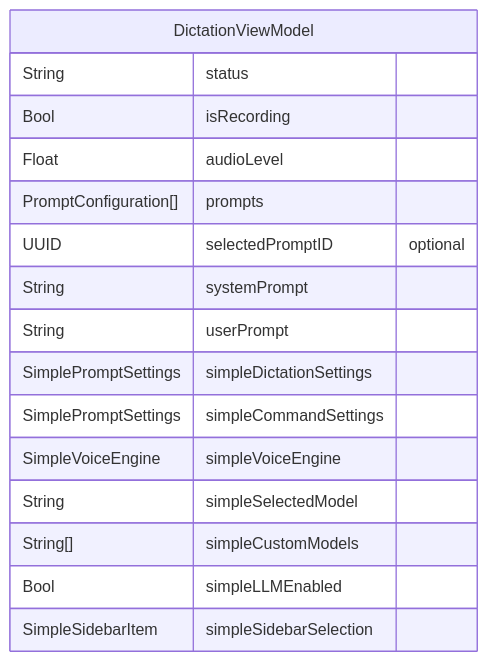
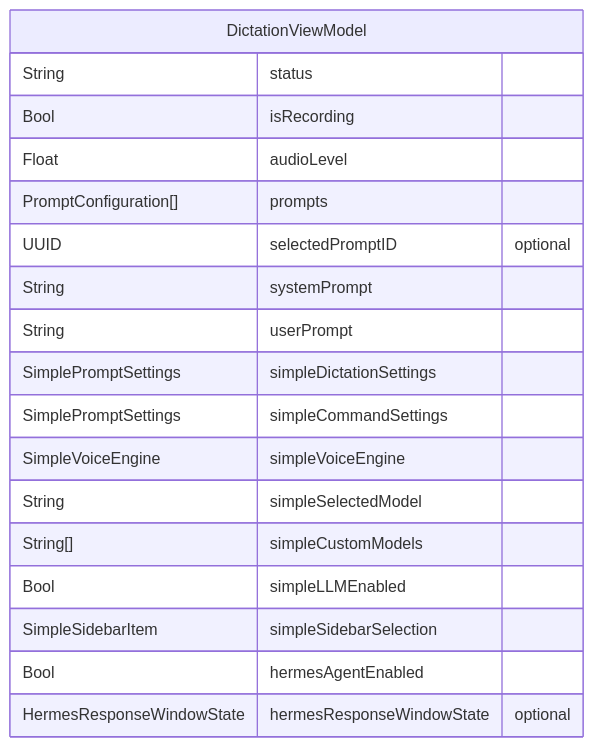
The eighth of 11 diagrams in datamodel.md (dkapo88/WonderWhisper-macOS), drawn with Mermaid before and after one commit. The commit also changed other lines of this file and 20 other files, not shown here.

Commit message:
feat: add Hermes voice agent workflow

````diff
--- a/datamodel.md
+++ b/datamodel.md
@@ -384,19 +400,21 @@
 ```mermaid
 erDiagram
     DictationViewModel {
         String status
         Bool isRecording
         Float audioLevel
         PromptConfiguration[] prompts
         UUID selectedPromptID "optional"
         String systemPrompt
         String userPrompt
         SimplePromptSettings simpleDictationSettings
         SimplePromptSettings simpleCommandSettings
         SimpleVoiceEngine simpleVoiceEngine
         String simpleSelectedModel
         String[] simpleCustomModels
         Bool simpleLLMEnabled
         SimpleSidebarItem simpleSidebarSelection
+        Bool hermesAgentEnabled
+        HermesResponseWindowState hermesResponseWindowState "optional"
     }
 ```
````
